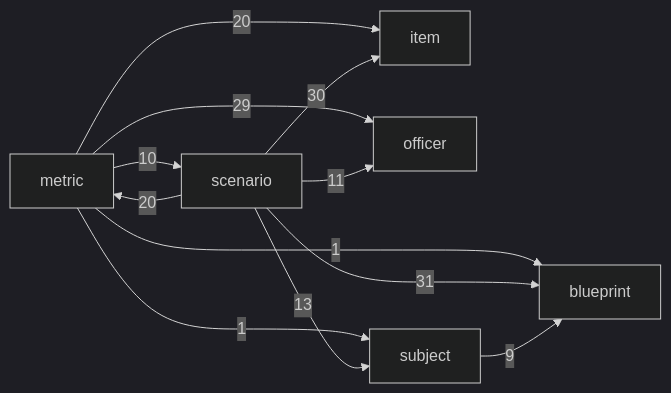
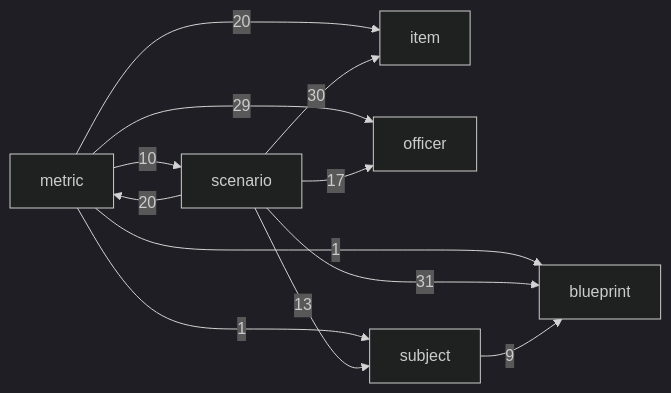
The diagram in docs/architecture.md (geraldmaron/tactically-idle), drawn with Mermaid (dark theme) before and after one commit. The commit also changed other lines of this file, not shown here.

First line of the commit message:
Regenerate the architecture doc for short-squad-deploys

````diff
--- a/docs/architecture.md
+++ b/docs/architecture.md
@@ -40,14 +40,14 @@
 ```mermaid
 flowchart LR
   metric -->|1| blueprint
   metric -->|20| item
   metric -->|29| officer
   metric -->|10| scenario
   metric -->|1| subject
   scenario -->|31| blueprint
   scenario -->|30| item
   scenario -->|20| metric
-  scenario -->|11| officer
+  scenario -->|17| officer
   scenario -->|13| subject
   subject -->|9| blueprint
 ```
````
